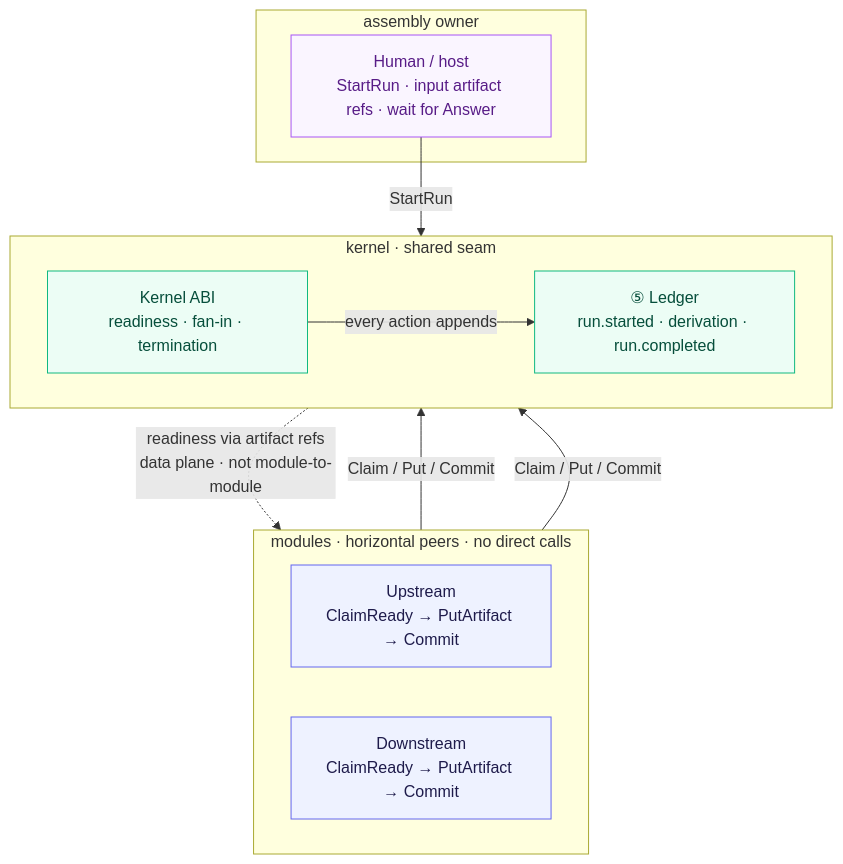
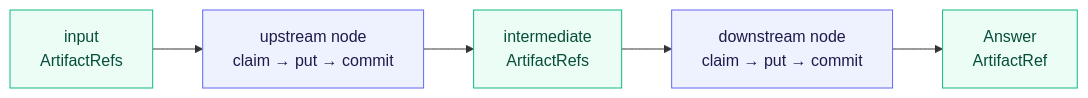
The sixth of 8 diagrams in README.md (philcantcode/srcport-substrate), drawn with Mermaid before and after one commit. The commit also changed other lines of this file, not shown here.

First line of the commit message:
docs(readme): clarify architecture diagrams and run sequence

````diff
--- a/README.md
+++ b/README.md
@@ -259,31 +244,12 @@
 ```mermaid
-flowchart TB
-    subgraph Owners["assembly owner"]
-        H["Human / host<br/>StartRun · input artifact refs · wait for Answer"]
-    end
+flowchart LR
+    IN["input<br/>ArtifactRefs"] --> UP["upstream node<br/>claim → put → commit"]
+    UP --> MID["intermediate<br/>ArtifactRefs"]
+    MID --> DN["downstream node<br/>claim → put → commit"]
+    DN --> OUT["Answer<br/>ArtifactRef"]
 
-    subgraph Modules["modules · horizontal peers · no direct calls"]
-        direction LR
-        A["Upstream<br/>ClaimReady → PutArtifact → Commit"]
-        B["Downstream<br/>ClaimReady → PutArtifact → Commit"]
-    end
-
-    subgraph KernelBand["kernel · shared seam"]
-        direction LR
-        K["Kernel ABI<br/>readiness · fan-in · termination"]
-        L["⑤ Ledger<br/>run.started · derivation · run.completed"]
-    end
-
-    H -->|"StartRun"| K
-    A -->|"Claim / Put / Commit"| K
-    B -->|"Claim / Put / Commit"| K
-    K -->|"every action appends"| L
-    K -.->|"readiness via artifact refs<br/>data plane · not module-to-module"| B
-
-    classDef o fill:#faf5ff,stroke:#a855f7,color:#581c87;
+    classDef a fill:#ecfdf5,stroke:#10b981,color:#064e3b;
     classDef m fill:#eef2ff,stroke:#6366f1,color:#1e1b4b;
-    classDef k fill:#ecfdf5,stroke:#10b981,color:#064e3b;
-    class H o;
-    class A,B m;
-    class K,L k;
+    class IN,MID,OUT a;
+    class UP,DN m;
 ```
````
